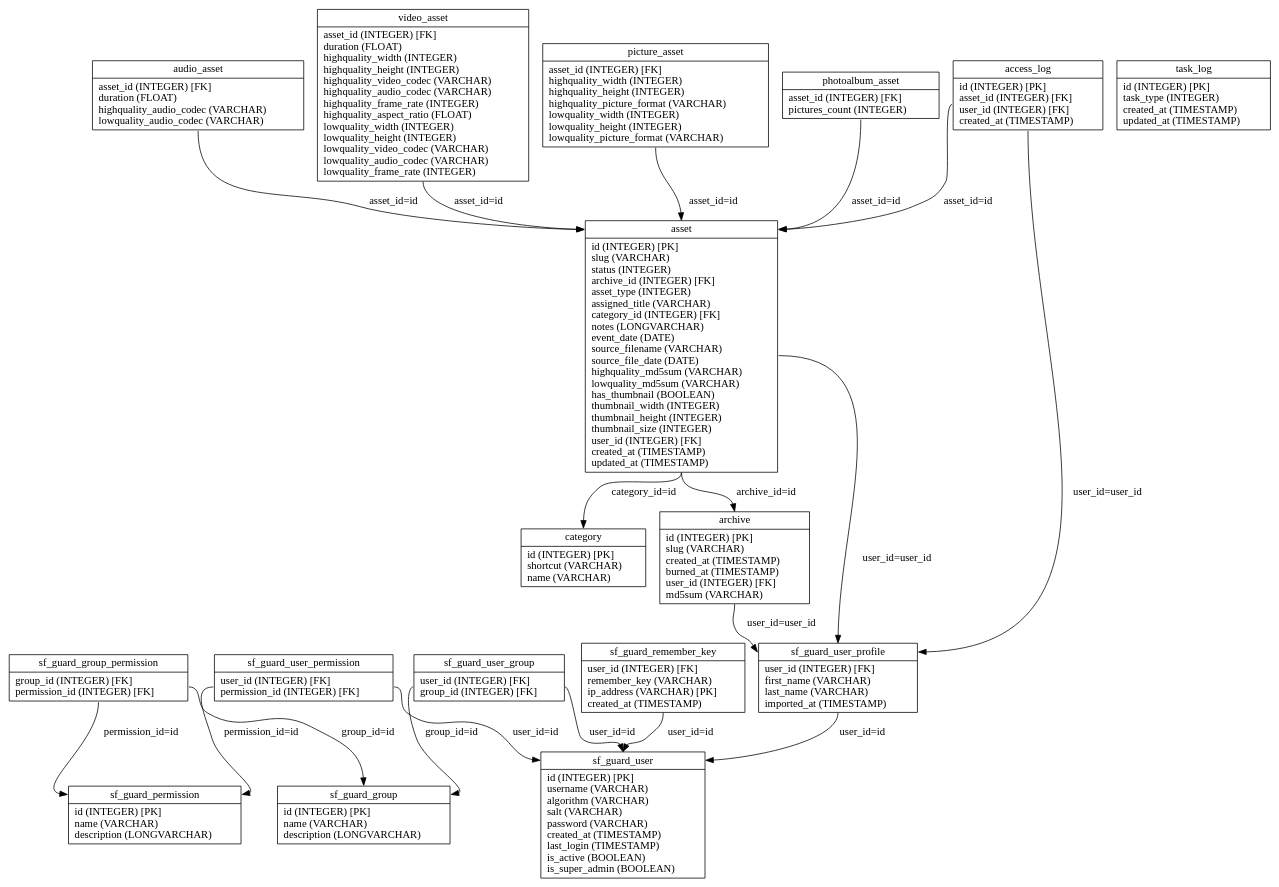
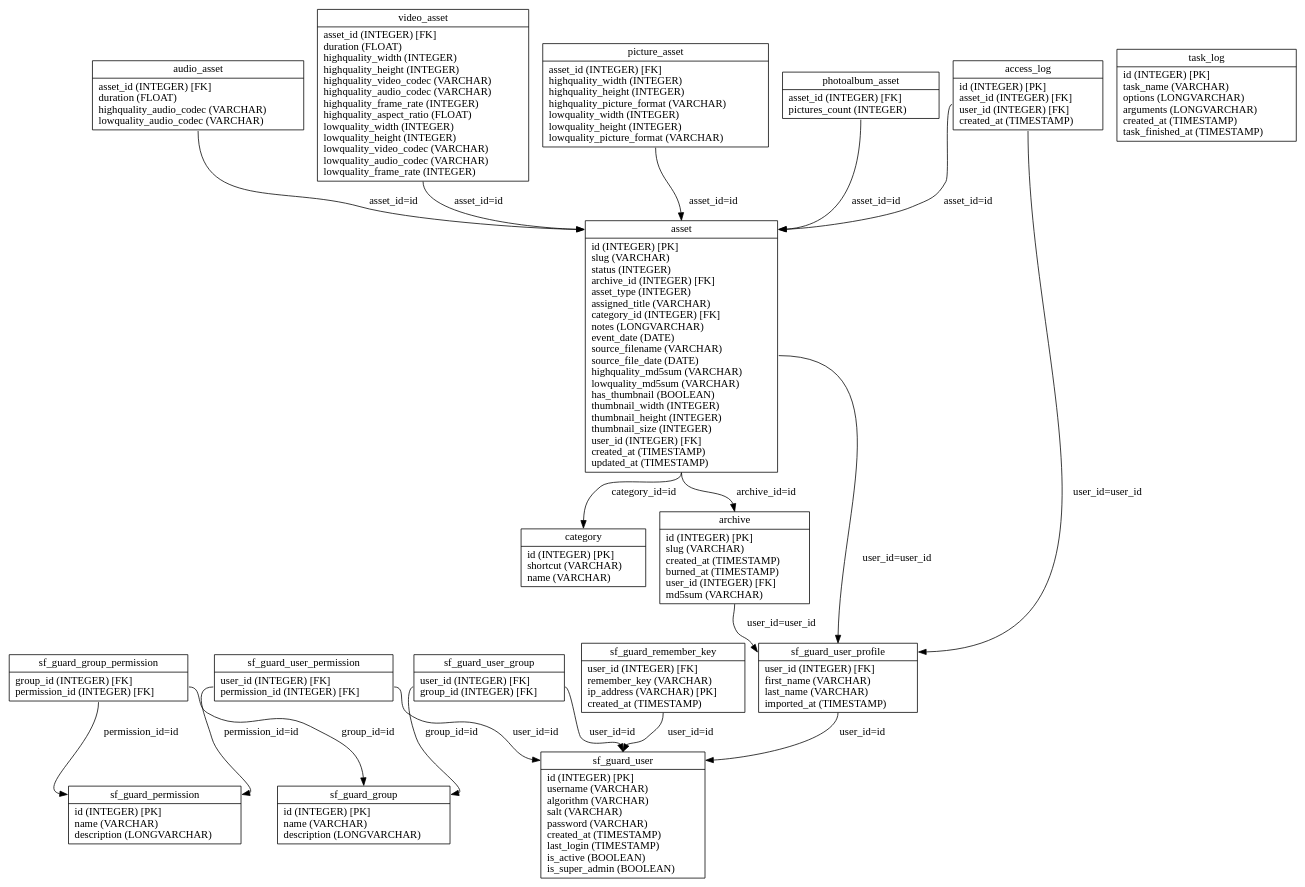
One commit to loristissino/wviola changed the diagram in graph/propel.schema.dot. Above: the diagram before and after it, drawn with Graphviz. The commit also changed 58 other files, not shown here.

```diff
--- a/graph/propel.schema.dot
+++ b/graph/propel.schema.dot
@@ -1,38 +1,38 @@
 digraph G {
 nodesf_guard_group [label="{<table>sf_guard_group|<cols>id (INTEGER) [PK]\lname (VARCHAR)\ldescription (LONGVARCHAR)\l}", shape=record];
 nodesf_guard_permission [label="{<table>sf_guard_permission|<cols>id (INTEGER) [PK]\lname (VARCHAR)\ldescription (LONGVARCHAR)\l}", shape=record];
 nodesf_guard_group_permission [label="{<table>sf_guard_group_permission|<cols>group_id (INTEGER) [FK]\lpermission_id (INTEGER) [FK]\l}", shape=record];
 nodesf_guard_user [label="{<table>sf_guard_user|<cols>id (INTEGER) [PK]\lusername (VARCHAR)\lalgorithm (VARCHAR)\lsalt (VARCHAR)\lpassword (VARCHAR)\lcreated_at (TIMESTAMP)\llast_login (TIMESTAMP)\lis_active (BOOLEAN)\lis_super_admin (BOOLEAN)\l}", shape=record];
 nodesf_guard_user_permission [label="{<table>sf_guard_user_permission|<cols>user_id (INTEGER) [FK]\lpermission_id (INTEGER) [FK]\l}", shape=record];
 nodesf_guard_user_group [label="{<table>sf_guard_user_group|<cols>user_id (INTEGER) [FK]\lgroup_id (INTEGER) [FK]\l}", shape=record];
 nodesf_guard_remember_key [label="{<table>sf_guard_remember_key|<cols>user_id (INTEGER) [FK]\lremember_key (VARCHAR)\lip_address (VARCHAR) [PK]\lcreated_at (TIMESTAMP)\l}", shape=record];
 nodesf_guard_user_profile [label="{<table>sf_guard_user_profile|<cols>user_id (INTEGER) [FK]\lfirst_name (VARCHAR)\llast_name (VARCHAR)\limported_at (TIMESTAMP)\l}", shape=record];
 nodeasset [label="{<table>asset|<cols>id (INTEGER) [PK]\lslug (VARCHAR)\lstatus (INTEGER)\larchive_id (INTEGER) [FK]\lasset_type (INTEGER)\lassigned_title (VARCHAR)\lcategory_id (INTEGER) [FK]\lnotes (LONGVARCHAR)\levent_date (DATE)\lsource_filename (VARCHAR)\lsource_file_date (DATE)\lhighquality_md5sum (VARCHAR)\llowquality_md5sum (VARCHAR)\lhas_thumbnail (BOOLEAN)\lthumbnail_width (INTEGER)\lthumbnail_height (INTEGER)\lthumbnail_size (INTEGER)\luser_id (INTEGER) [FK]\lcreated_at (TIMESTAMP)\lupdated_at (TIMESTAMP)\l}", shape=record];
 nodevideo_asset [label="{<table>video_asset|<cols>asset_id (INTEGER) [FK]\lduration (FLOAT)\lhighquality_width (INTEGER)\lhighquality_height (INTEGER)\lhighquality_video_codec (VARCHAR)\lhighquality_audio_codec (VARCHAR)\lhighquality_frame_rate (INTEGER)\lhighquality_aspect_ratio (FLOAT)\llowquality_width (INTEGER)\llowquality_height (INTEGER)\llowquality_video_codec (VARCHAR)\llowquality_audio_codec (VARCHAR)\llowquality_frame_rate (INTEGER)\l}", shape=record];
 nodepicture_asset [label="{<table>picture_asset|<cols>asset_id (INTEGER) [FK]\lhighquality_width (INTEGER)\lhighquality_height (INTEGER)\lhighquality_picture_format (VARCHAR)\llowquality_width (INTEGER)\llowquality_height (INTEGER)\llowquality_picture_format (VARCHAR)\l}", shape=record];
 nodephotoalbum_asset [label="{<table>photoalbum_asset|<cols>asset_id (INTEGER) [FK]\lpictures_count (INTEGER)\l}", shape=record];
 nodeaudio_asset [label="{<table>audio_asset|<cols>asset_id (INTEGER) [FK]\lduration (FLOAT)\lhighquality_audio_codec (VARCHAR)\llowquality_audio_codec (VARCHAR)\l}", shape=record];
 nodearchive [label="{<table>archive|<cols>id (INTEGER) [PK]\lslug (VARCHAR)\lcreated_at (TIMESTAMP)\lburned_at (TIMESTAMP)\luser_id (INTEGER) [FK]\lmd5sum (VARCHAR)\l}", shape=record];
 nodecategory [label="{<table>category|<cols>id (INTEGER) [PK]\lshortcut (VARCHAR)\lname (VARCHAR)\l}", shape=record];
 nodeaccess_log [label="{<table>access_log|<cols>id (INTEGER) [PK]\lasset_id (INTEGER) [FK]\luser_id (INTEGER) [FK]\lcreated_at (TIMESTAMP)\l}", shape=record];
-nodetask_log [label="{<table>task_log|<cols>id (INTEGER) [PK]\ltask_type (INTEGER)\lcreated_at (TIMESTAMP)\lupdated_at (TIMESTAMP)\l}", shape=record];
+nodetask_log [label="{<table>task_log|<cols>id (INTEGER) [PK]\ltask_name (VARCHAR)\loptions (LONGVARCHAR)\larguments (LONGVARCHAR)\lcreated_at (TIMESTAMP)\ltask_finished_at (TIMESTAMP)\l}", shape=record];
 
 nodesf_guard_group_permission:cols -> nodesf_guard_group:table [label="group_id=id "];
 nodesf_guard_group_permission:cols -> nodesf_guard_permission:table [label="permission_id=id "];
 nodesf_guard_user_permission:cols -> nodesf_guard_user:table [label="user_id=id "];
 nodesf_guard_user_permission:cols -> nodesf_guard_permission:table [label="permission_id=id "];
 nodesf_guard_user_group:cols -> nodesf_guard_user:table [label="user_id=id "];
 nodesf_guard_user_group:cols -> nodesf_guard_group:table [label="group_id=id "];
 nodesf_guard_remember_key:cols -> nodesf_guard_user:table [label="user_id=id "];
 nodesf_guard_user_profile:cols -> nodesf_guard_user:table [label="user_id=id "];
 nodeasset:cols -> nodearchive:table [label="archive_id=id "];
 nodeasset:cols -> nodecategory:table [label="category_id=id "];
 nodeasset:cols -> nodesf_guard_user_profile:table [label="user_id=user_id "];
 nodevideo_asset:cols -> nodeasset:table [label="asset_id=id "];
 nodepicture_asset:cols -> nodeasset:table [label="asset_id=id "];
 nodephotoalbum_asset:cols -> nodeasset:table [label="asset_id=id "];
 nodeaudio_asset:cols -> nodeasset:table [label="asset_id=id "];
 nodearchive:cols -> nodesf_guard_user_profile:table [label="user_id=user_id "];
 nodeaccess_log:cols -> nodeasset:table [label="asset_id=id "];
 nodeaccess_log:cols -> nodesf_guard_user_profile:table [label="user_id=user_id "];
 }
```
